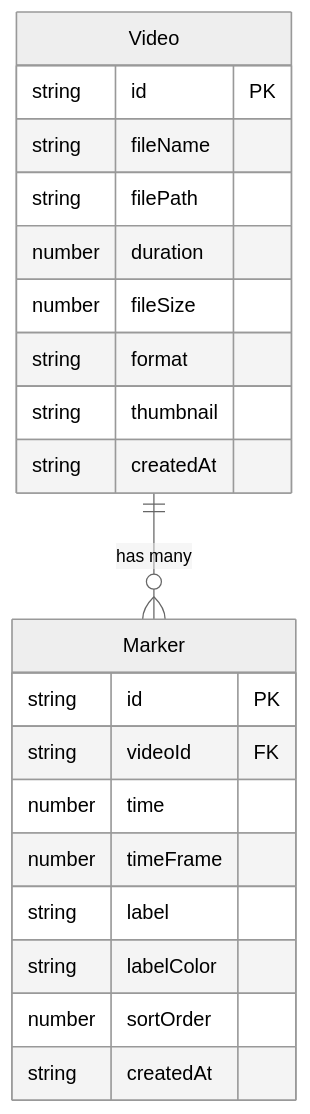
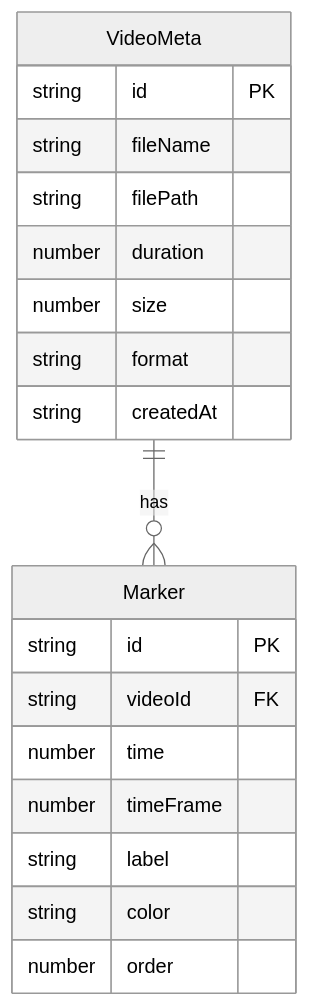
The third of 3 diagrams in cp3_6.17_auto6/.trae/documents/TechArchitecture.md (NUDT-ZSL/Solo), drawn with Mermaid (neutral theme) before and after one commit. The commit also changed other lines of this file and 21 other files, not shown here.

````diff
--- a/cp3_6.17_auto6/.trae/documents/TechArchitecture.md
+++ b/cp3_6.17_auto6/.trae/documents/TechArchitecture.md
@@ -155,24 +127,22 @@
 ```mermaid
 erDiagram
-    Video ||--o{ Marker : "has many"
-    Video {
+    VideoMeta ||--o{ Marker : "has"
+    VideoMeta {
         string id PK
         string fileName
         string filePath
         number duration
-        number fileSize
+        number size
         string format
-        string thumbnail
         string createdAt
     }
     Marker {
         string id PK
         string videoId FK
         number time
         number timeFrame
         string label
-        string labelColor
-        number sortOrder
-        string createdAt
+        string color
+        number order
     }
 ```
````
